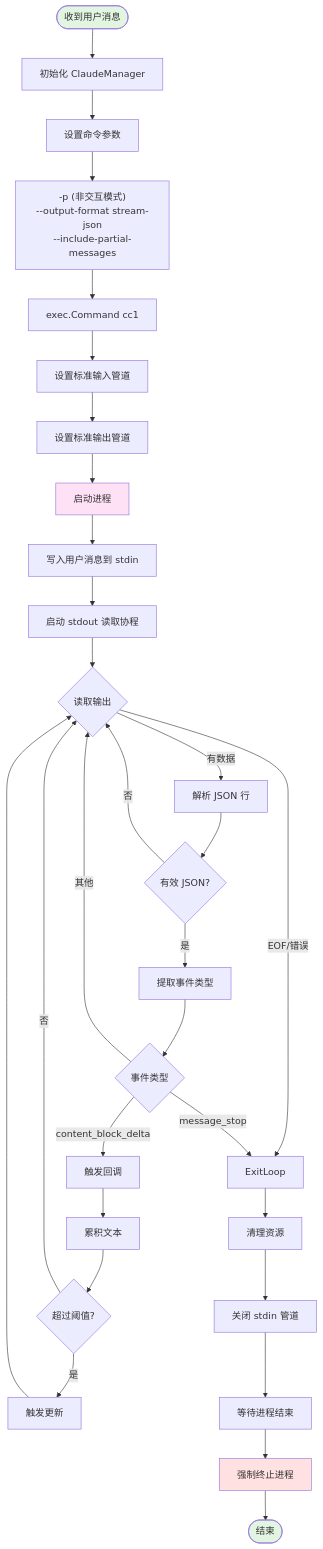
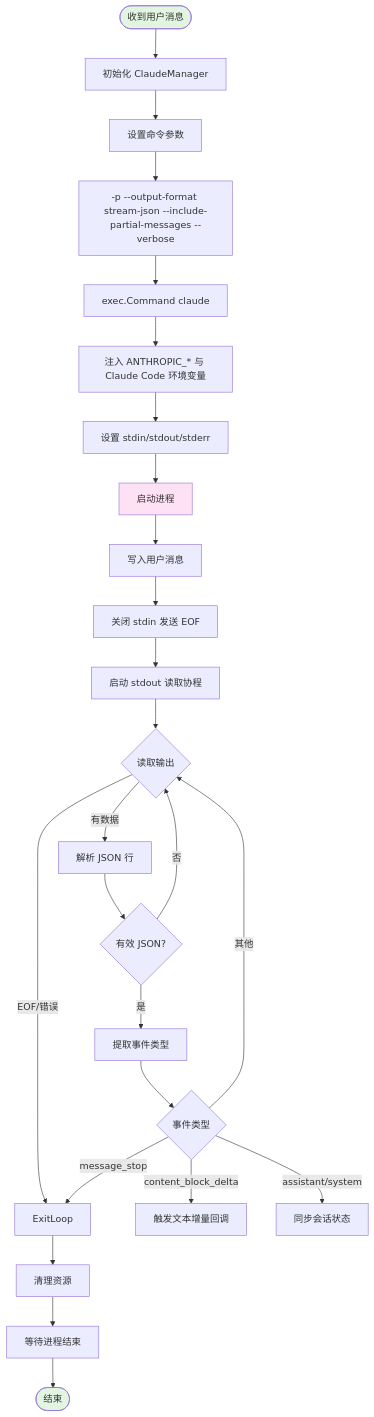
The first of 3 diagrams in docs/detailed-flowchart.md (whysmx/feishu-bot), drawn with Mermaid before and after one commit. The commit also changed other lines of this file and 11 other files, not shown here.

````diff
--- a/docs/detailed-flowchart.md
+++ b/docs/detailed-flowchart.md
@@ -5,44 +7,37 @@
 ```mermaid
 flowchart TD
     Start([收到用户消息]) --> Init[初始化 ClaudeManager]
     Init --> SetupCmd[设置命令参数]
-    SetupCmd --> CmdParams["-p (非交互模式)<br/>--output-format stream-json<br/>--include-partial-messages"]
+    SetupCmd --> CmdParams["-p --output-format stream-json --include-partial-messages --verbose"]
 
-    CmdParams --> CreateCmd[exec.Command cc1]
-    CreateCmd --> SetupStdin[设置标准输入管道]
-    SetupStdin --> SetupStdout[设置标准输出管道]
-    SetupStdout --> StartProcess[启动进程]
+    CmdParams --> CreateCmd[exec.Command claude]
+    CreateCmd --> Env[注入 ANTHROPIC_* 与 Claude Code 环境变量]
+    Env --> SetupStdin[设置 stdin/stdout/stderr]
+    SetupStdin --> StartProcess[启动进程]
 
-    StartProcess --> WriteInput[写入用户消息到 stdin]
-    WriteInput --> StartReader[启动 stdout 读取协程]
+    StartProcess --> WriteInput[写入用户消息]
+    WriteInput --> CloseStdin[关闭 stdin 发送 EOF]
+    CloseStdin --> StartReader[启动 stdout 读取协程]
 
     StartReader --> ReadLoop{读取输出}
     ReadLoop -->|有数据| ParseLine[解析 JSON 行]
     ReadLoop -->|EOF/错误| ExitLoop
 
     ParseLine --> ValidateJSON{有效 JSON?}
     ValidateJSON -->|否| ReadLoop
     ValidateJSON -->|是| ExtractEvent[提取事件类型]
 
     ExtractEvent --> EventType{事件类型}
-    EventType -->|content_block_delta| Callback[触发回调]
+    EventType -->|content_block_delta| Callback[触发文本增量回调]
+    EventType -->|assistant/system| SyncState[同步会话状态]
     EventType -->|message_stop| ExitLoop
     EventType -->|其他| ReadLoop
 
-    Callback --> Accumulate[累积文本]
-    Accumulate --> CheckLimit{超过阈值?}
-    CheckLimit -->|是| TriggerUpdate[触发更新]
-    CheckLimit -->|否| ReadLoop
-    TriggerUpdate --> ReadLoop
-
     ExitLoop --> Cleanup[清理资源]
-    Cleanup --> CloseStdin[关闭 stdin 管道]
-    CloseStdin --> WaitProcess[等待进程结束]
-    WaitProcess --> KillProcess[强制终止进程]
-    KillProcess --> End([结束])
+    Cleanup --> WaitProcess[等待进程结束]
+    WaitProcess --> End([结束])
 
     style Start fill:#e1f5e1
     style End fill:#e1f5e1
     style StartProcess fill:#ffe1f5
-    style KillProcess fill:#ffe1e1
 ```
````
